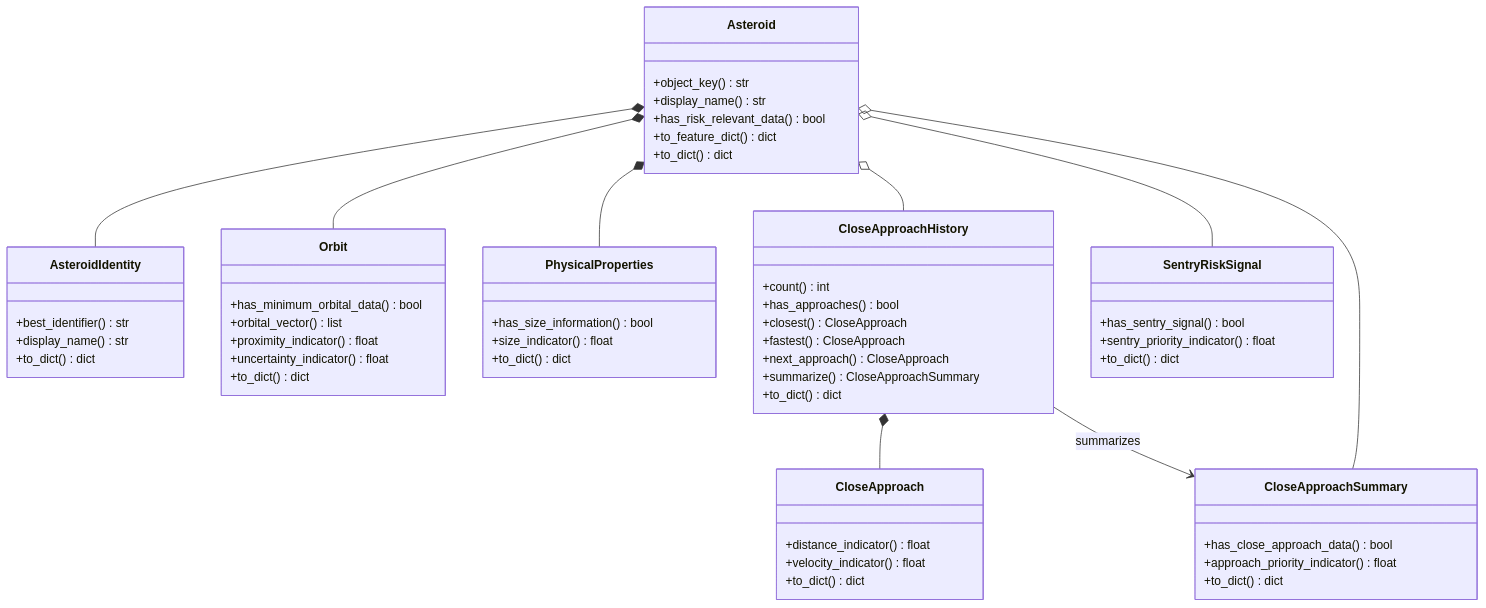
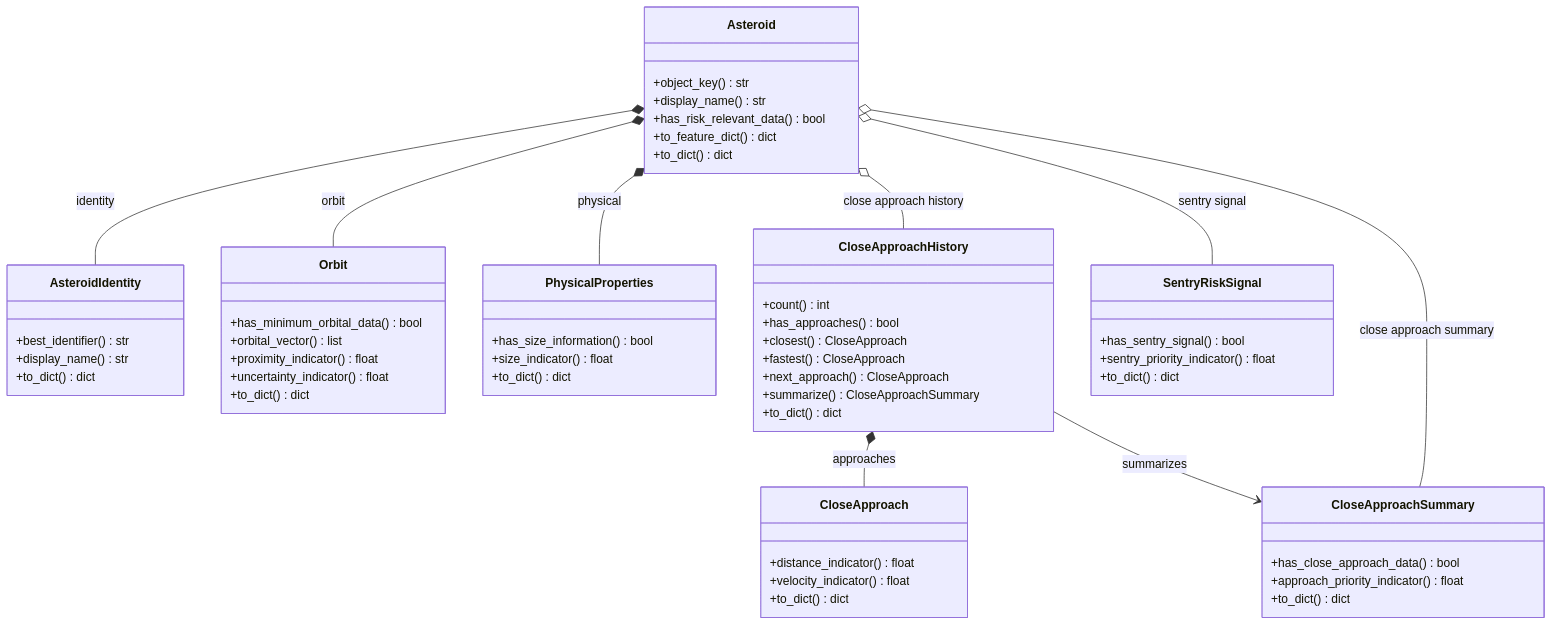
Before and after one commit to LiamSalazar/NEO-Angele-Risk-Lab: the diagram in docs/diagrams/class_diagram_entities.mmd, drawn with Mermaid. The commit also changed 39 other files, not shown here.

```diff
--- a/docs/diagrams/class_diagram_entities.mmd
+++ b/docs/diagrams/class_diagram_entities.mmd
@@ -1,58 +1,58 @@
 classDiagram
     class Asteroid {
         +object_key() str
         +display_name() str
         +has_risk_relevant_data() bool
         +to_feature_dict() dict
         +to_dict() dict
     }
     class AsteroidIdentity {
         +best_identifier() str
         +display_name() str
         +to_dict() dict
     }
     class Orbit {
         +has_minimum_orbital_data() bool
         +orbital_vector() list
         +proximity_indicator() float
         +uncertainty_indicator() float
         +to_dict() dict
     }
     class PhysicalProperties {
         +has_size_information() bool
         +size_indicator() float
         +to_dict() dict
     }
     class CloseApproach {
         +distance_indicator() float
         +velocity_indicator() float
         +to_dict() dict
     }
     class CloseApproachHistory {
         +count() int
         +has_approaches() bool
         +closest() CloseApproach
         +fastest() CloseApproach
         +next_approach() CloseApproach
         +summarize() CloseApproachSummary
         +to_dict() dict
     }
     class CloseApproachSummary {
         +has_close_approach_data() bool
         +approach_priority_indicator() float
         +to_dict() dict
     }
     class SentryRiskSignal {
         +has_sentry_signal() bool
         +sentry_priority_indicator() float
         +to_dict() dict
     }
 
-    Asteroid *-- AsteroidIdentity
-    Asteroid *-- Orbit
-    Asteroid *-- PhysicalProperties
-    Asteroid o-- CloseApproachHistory
-    CloseApproachHistory *-- CloseApproach
+    Asteroid *-- AsteroidIdentity : identity
+    Asteroid *-- Orbit : orbit
+    Asteroid *-- PhysicalProperties : physical
+    Asteroid o-- CloseApproachHistory : close approach history
+    CloseApproachHistory *-- CloseApproach : approaches
     CloseApproachHistory --> CloseApproachSummary : summarizes
-    Asteroid o-- CloseApproachSummary
-    Asteroid o-- SentryRiskSignal
+    Asteroid o-- CloseApproachSummary : close approach summary
+    Asteroid o-- SentryRiskSignal : sentry signal
```
